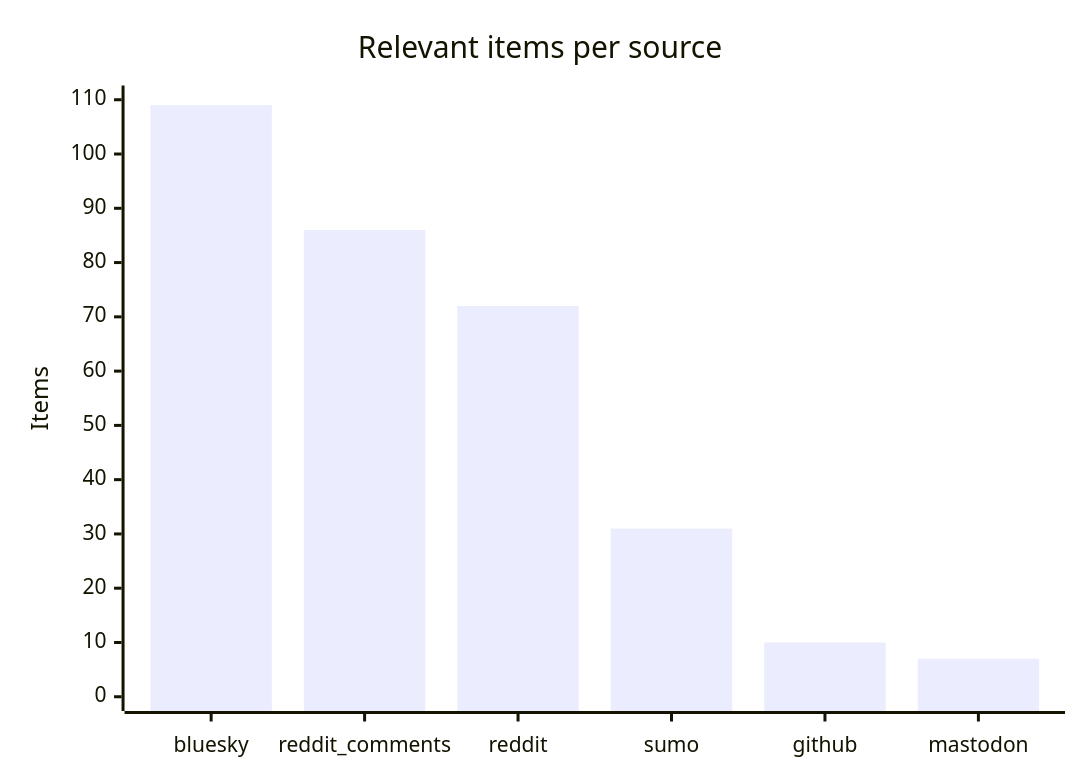
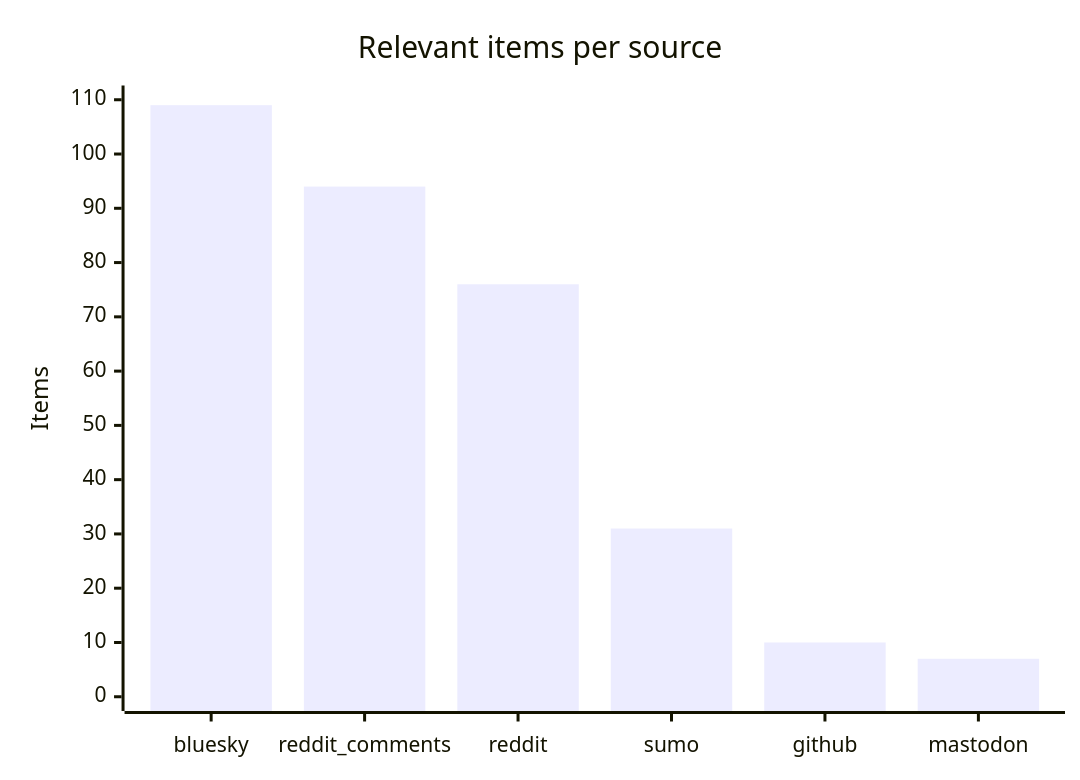
Before and after one commit to martinbalfanz/social-scanner-reports: the third of 4 diagrams in README.md, drawn with Mermaid. The commit also changed other lines of this file and 2 other files, not shown here.

````diff
--- a/README.md
+++ b/README.md
@@ -48,7 +48,7 @@
 ```mermaid
 xychart-beta
     title "Relevant items per source"
     x-axis ["bluesky", "reddit_comments", "reddit", "sumo", "github", "mastodon"]
     y-axis "Items" 0 --> 110
-    bar [109, 86, 72, 31, 10, 7]
+    bar [109, 94, 76, 31, 10, 7]
 ```
````
